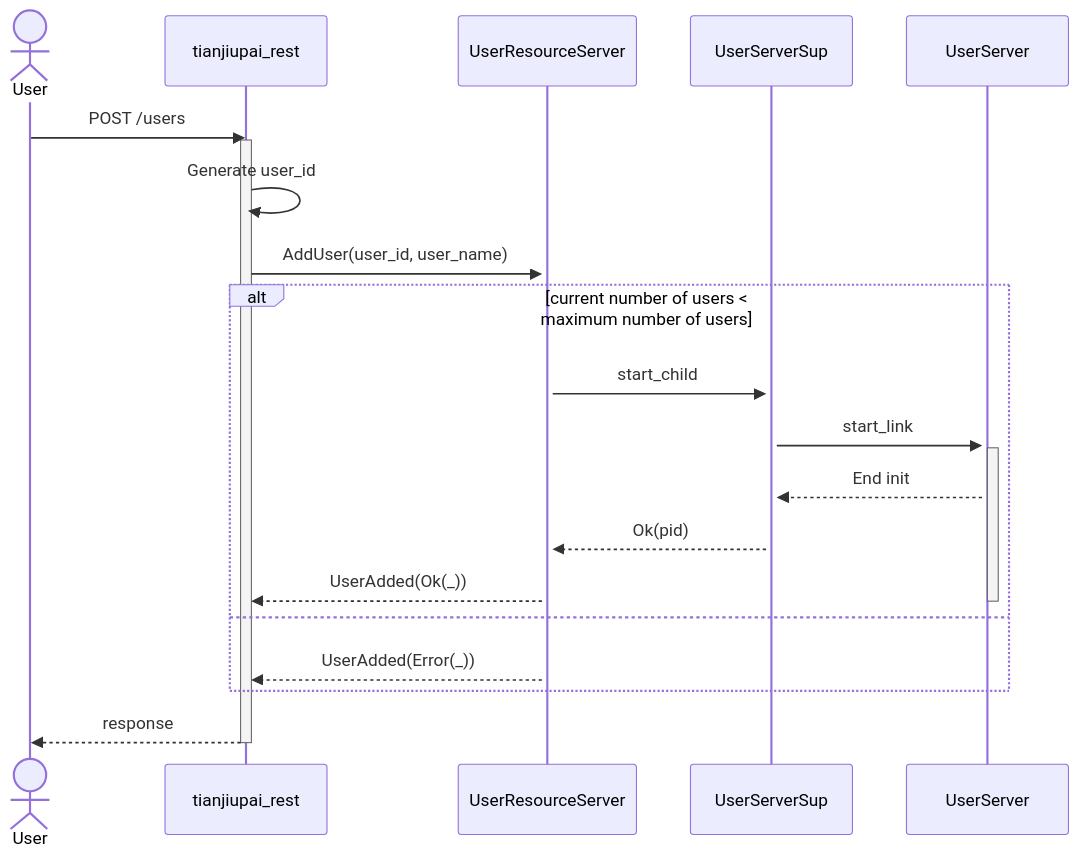
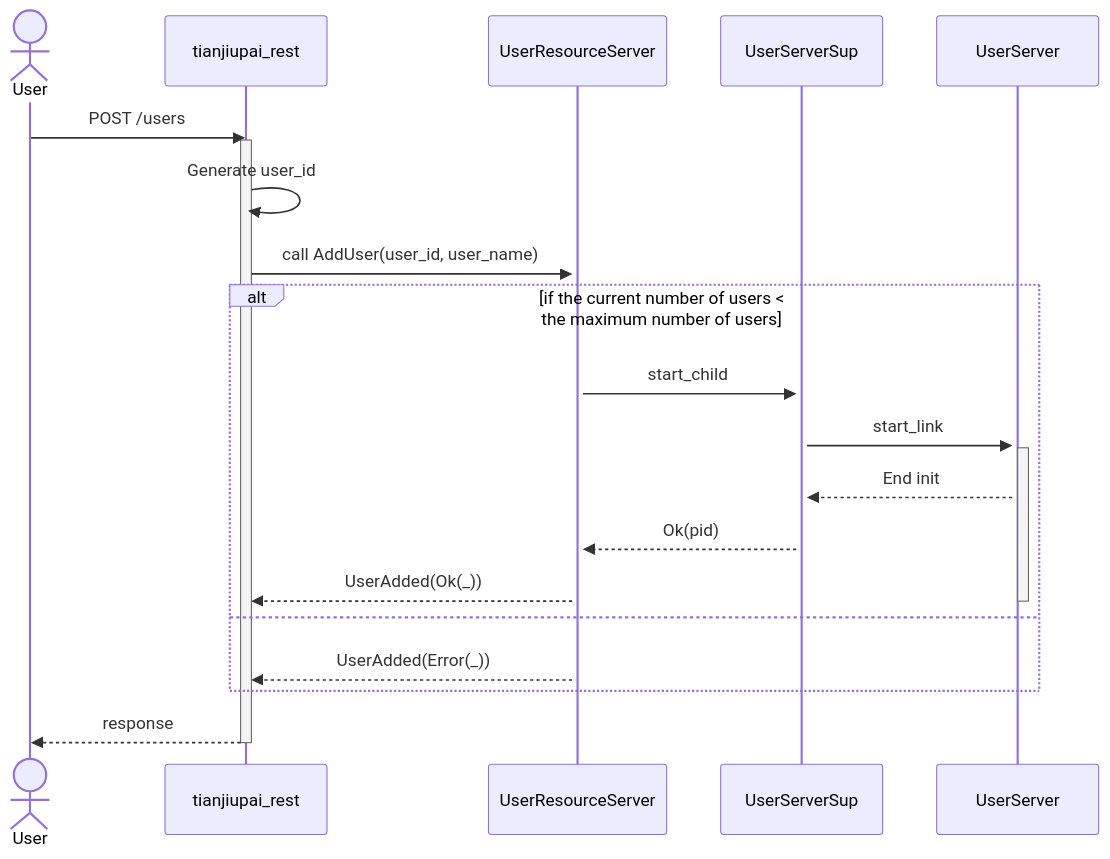
One commit to gfngfn/game_tianjiupai changed the first of 4 diagrams in docs/ARCHITECTURE.md. Above: the diagram before and after it, drawn with Mermaid. The commit also changed other lines of this file, not shown here.

Commit message:
add some sequence diagrams to docs

````diff
--- a/docs/ARCHITECTURE.md
+++ b/docs/ARCHITECTURE.md
@@ -5,30 +5,30 @@
 ```mermaid
 sequenceDiagram
   actor User
   participant tianjiupai_rest
   participant UserResourceServer
   participant UserServerSup
   participant UserServer
   activate UserResourceServer
   activate UserServerSup
   activate UserServer
 
   User ->> tianjiupai_rest : POST /users
   activate tianjiupai_rest
   tianjiupai_rest ->> tianjiupai_rest : Generate user_id
-  tianjiupai_rest ->> UserResourceServer : AddUser(user_id, user_name)
-  alt current number of users < maximum number of users
+  tianjiupai_rest ->> UserResourceServer : call AddUser(user_id, user_name)
+  alt if the current number of users < the maximum number of users
     UserResourceServer ->> UserServerSup : start_child
     UserServerSup ->> UserServer : start_link
     activate UserServer
     UserServer -->> UserServerSup : End init
     UserServerSup -->> UserResourceServer : Ok(pid)
     UserResourceServer -->> tianjiupai_rest : UserAdded(Ok(_))
     deactivate UserServer
     %% the deactivation above is needed only because of the end of this alt-branch.
   else
     UserResourceServer -->> tianjiupai_rest : UserAdded(Error(_))
   end
   tianjiupai_rest -->> User : response
   deactivate tianjiupai_rest
 ```
````
